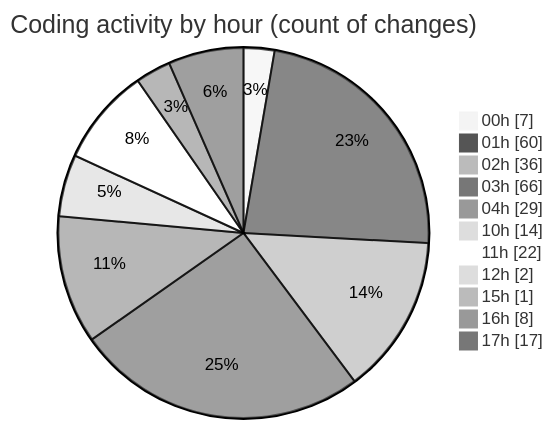
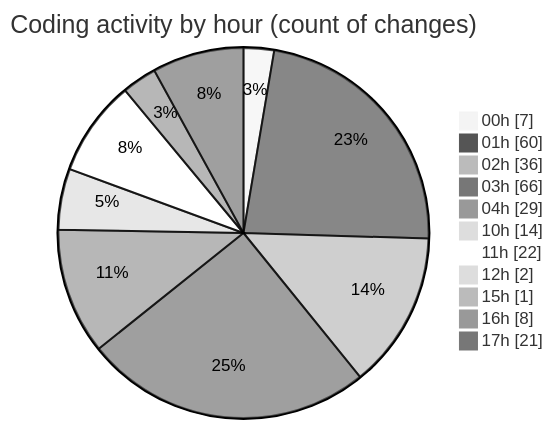
One commit to julien-gomy/code-tracking changed the second of 2 diagrams in 2025-10-07/eventscop-frontend-guide__workspace_/README.md. Above: the diagram before and after it, drawn with Mermaid (neutral theme). The commit also changed other lines of this file and 1 other file, not shown here.

````diff
--- a/2025-10-07/eventscop-frontend-guide__workspace_/README.md
+++ b/2025-10-07/eventscop-frontend-guide__workspace_/README.md
@@ -107,15 +107,15 @@
 ```mermaid
 pie showData
 title Coding activity by hour (count of changes)
 "00h" : 7
 "01h" : 60
 "02h" : 36
 "03h" : 66
 "04h" : 29
 "10h" : 14
 "11h" : 22
 "12h" : 2
 "15h" : 1
 "16h" : 8
-"17h" : 17
+"17h" : 21
 ```
````
